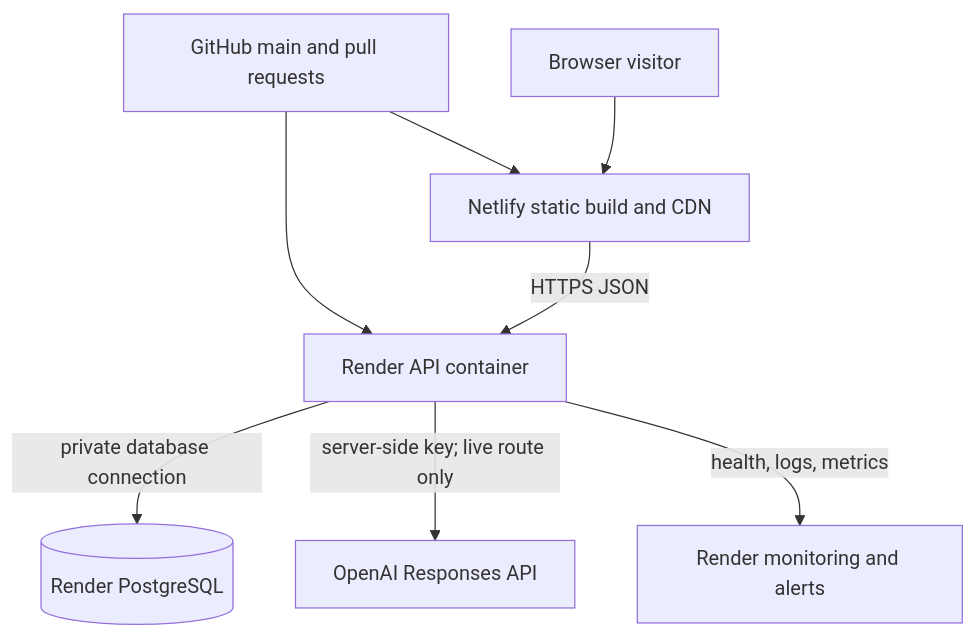
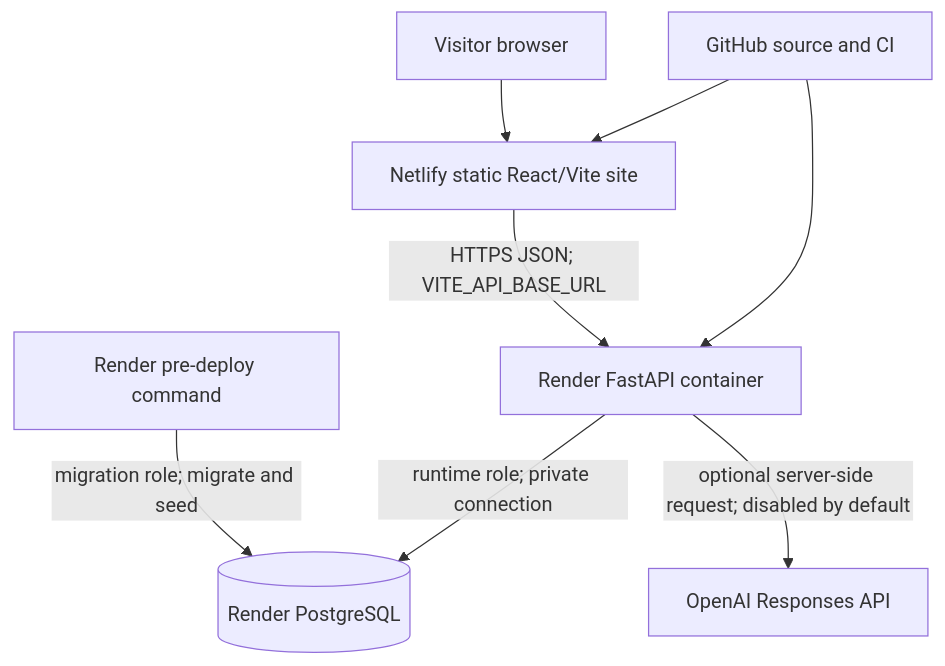
One commit to shaviJayasingha/incident-atlas changed the diagram in docs/deployment.md. Above: the diagram before and after it, drawn with Mermaid. The commit also changed other lines of this file and 39 other files, not shown here.

````diff
--- a/docs/deployment.md
+++ b/docs/deployment.md
@@ -28,10 +20,10 @@
 ```mermaid
 flowchart TB
-  G["GitHub main and pull requests"] --> N["Netlify static build and CDN"]
-  G --> R["Render API container"]
-  N -->|"HTTPS JSON"| R
-  R -->|"private database connection"| D[("Render PostgreSQL")]
-  R -->|"server-side key; live route only"| O["OpenAI Responses API"]
-  R -->|"health, logs, metrics"| M["Render monitoring and alerts"]
-  B["Browser visitor"] --> N
+  G["GitHub source and CI"] --> N["Netlify static React/Vite site"]
+  G --> R["Render FastAPI container"]
+  B["Visitor browser"] --> N
+  N -->|"HTTPS JSON; VITE_API_BASE_URL"| R
+  R -->|"runtime role; private connection"| D[("Render PostgreSQL")]
+  P["Render pre-deploy command"] -->|"migration role; migrate and seed"| D
+  R -->|"optional server-side request; disabled by default"| O["OpenAI Responses API"]
 ```
````
